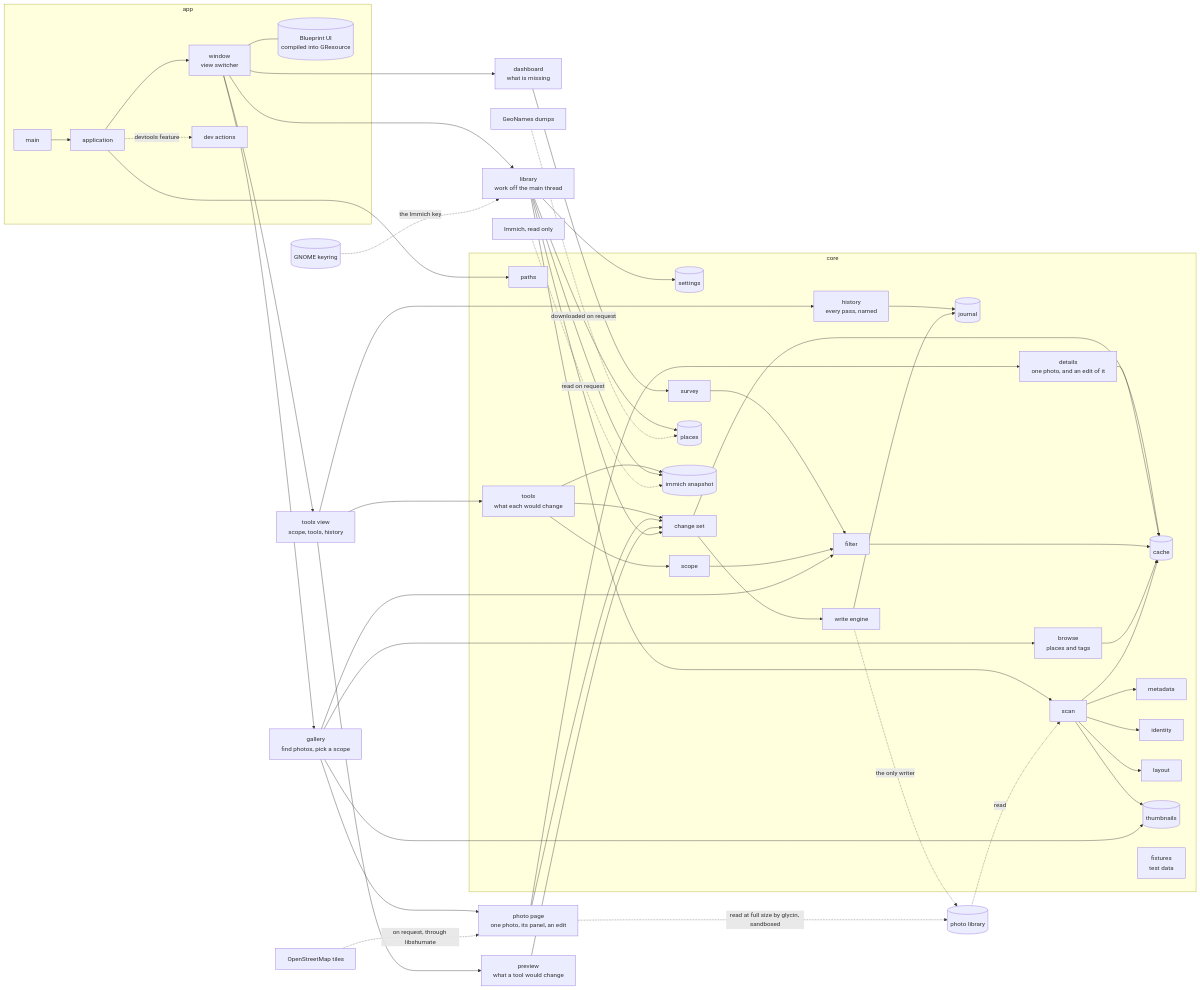
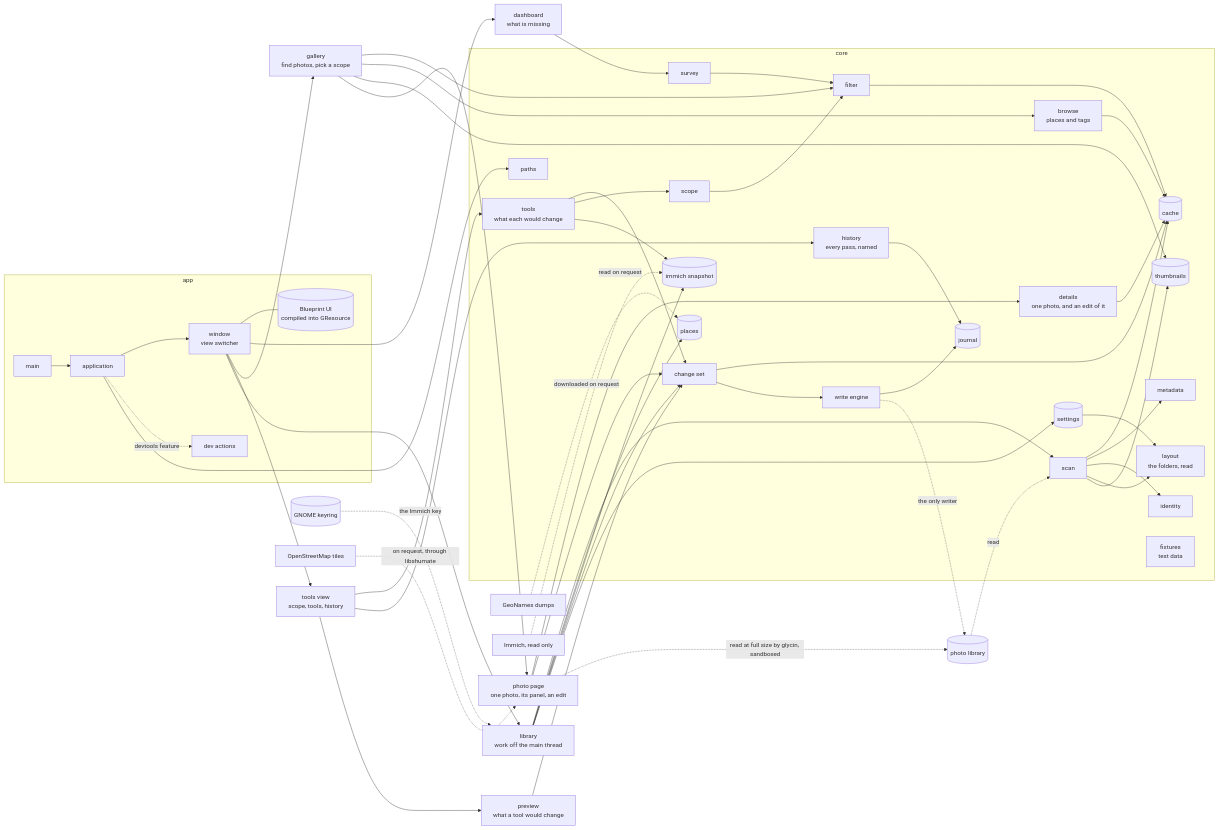
One commit to xuedi/photoManager changed the diagram in docs/overview.md. Above: the diagram before and after it, drawn with Mermaid. The commit also changed other lines of this file and 5 other files, not shown here.

````diff
--- a/docs/overview.md
+++ b/docs/overview.md
@@ -5,60 +5,61 @@
 ```mermaid
 flowchart LR
     subgraph app [app]
         main[main] --> application
         application --> window[window<br/>view switcher]
         application -. devtools feature .-> devtools[dev actions]
         window --- blueprint[(Blueprint UI<br/>compiled into GResource)]
     end
     subgraph core [core]
         paths
         settings[(settings)]
         tools[tools<br/>what each would change] --> changeset
         tools --> scope
         history[history<br/>every pass, named] --> journal
         changeset[change set] --> cache
         details[details<br/>one photo, and an edit of it] --> cache
         survey --> filter --> cache
         browse[browse<br/>places and tags] --> cache
         scope --> filter
         changeset --> write
         scan --> cache[(cache)]
         scan --> metadata
         scan --> identity
-        scan --> layout
+        scan --> layout[layout<br/>the folders, read]
+        settings --> layout
         scan --> thumbs[(thumbnails)]
         geo[(places)]
         immich[(immich snapshot)]
         tools --> immich
         write[write engine] --> journal[(journal)]
         fixtures[fixtures<br/>test data]
     end
     application --> paths
     window --> dashboard[dashboard<br/>what is missing]
     dashboard --> survey
     window --> gallery[gallery<br/>find photos, pick a scope]
     gallery --> filter
     gallery --> browse
     gallery --> thumbs
     gallery --> photo[photo page<br/>one photo, its panel, an edit]
     photo --> details
     photo --> changeset
     photo -. read at full size by glycin, sandboxed .-> photos
     window --> toolsview[tools view<br/>scope, tools, history]
     toolsview --> tools
     toolsview --> history
     toolsview --> preview[preview<br/>what a tool would change]
     window --> library[library<br/>work off the main thread]
     preview --> changeset
     library --> scan
     library --> geo
     library --> immich
     library --> changeset
     library --> settings
     photos[(photo library)] -. read .-> scan
     write -. the only writer .-> photos
     geonames[GeoNames dumps] -. downloaded on request .-> geo
     immichapi[Immich, read only] -. read on request .-> immich
     keyring[(GNOME keyring)] -. the Immich key .-> library
     osm[OpenStreetMap tiles] -. on request, through libshumate .-> photo
 ```
````
